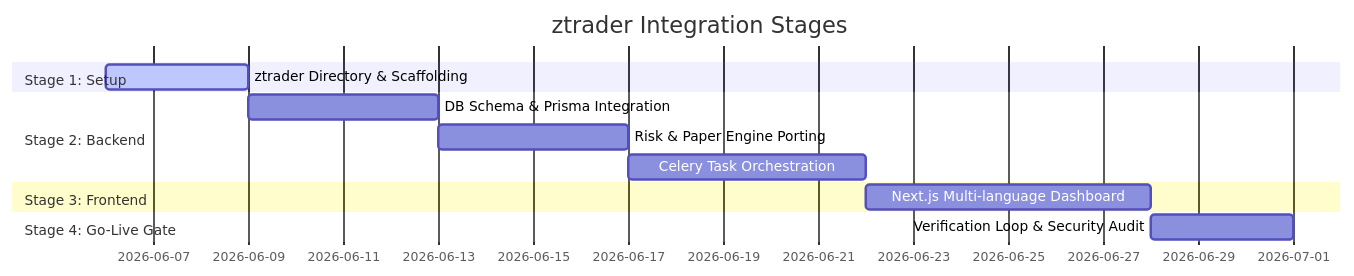
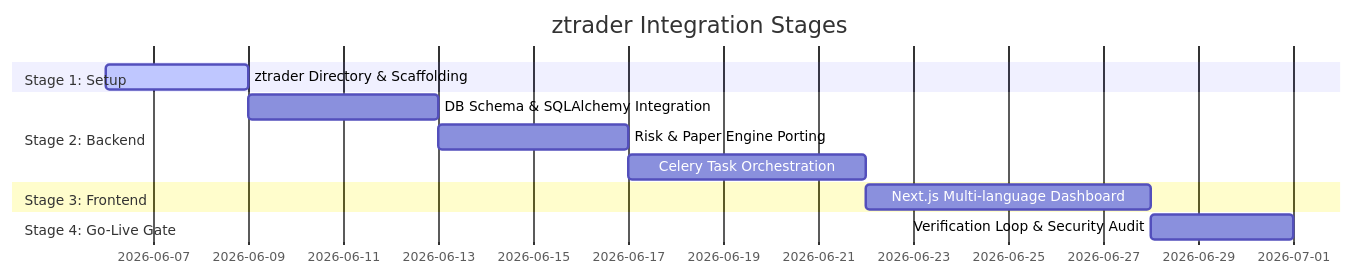
One commit to cvsz/zeaz-platform changed the second of 2 diagrams in docs/architecture/ZTRADER_MERGE_DESIGN.md. Above: the diagram before and after it, drawn with Mermaid. The commit also changed other lines of this file, not shown here.

Commit message:
docs: replace Prisma with SQLAlchemy/PostgreSQL in ztrader design

````diff
--- a/docs/architecture/ZTRADER_MERGE_DESIGN.md
+++ b/docs/architecture/ZTRADER_MERGE_DESIGN.md
@@ -283,15 +271,15 @@
 ```mermaid
 gantt
     title ztrader Integration Stages
     dateFormat  YYYY-MM-DD
     section Stage 1: Setup
     ztrader Directory & Scaffolding   :active, des1, 2026-06-06, 3d
     section Stage 2: Backend
-    DB Schema & Prisma Integration   :        des2, after des1, 4d
+    DB Schema & SQLAlchemy Integration:       des2, after des1, 4d
     Risk & Paper Engine Porting       :        des3, after des2, 4d
     Celery Task Orchestration         :        des4, after des3, 5d
     section Stage 3: Frontend
     Next.js Multi-language Dashboard  :        des5, after des4, 6d
     section Stage 4: Go-Live Gate
     Verification Loop & Security Audit:        des6, after des5, 3d
 ```
````
